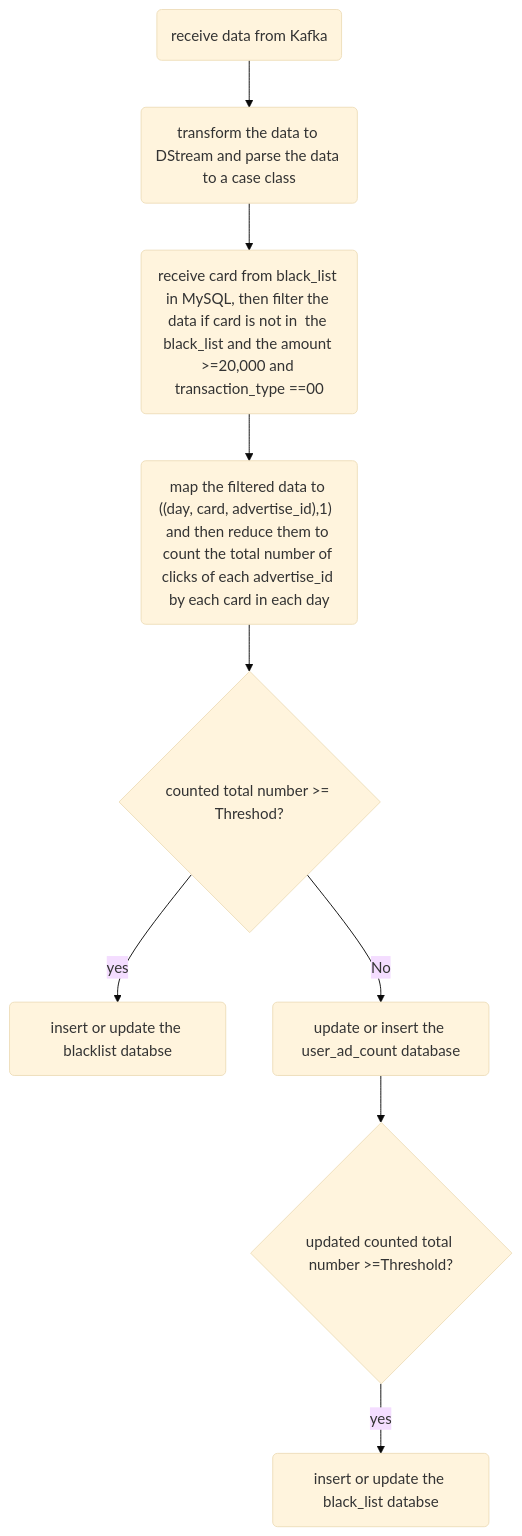
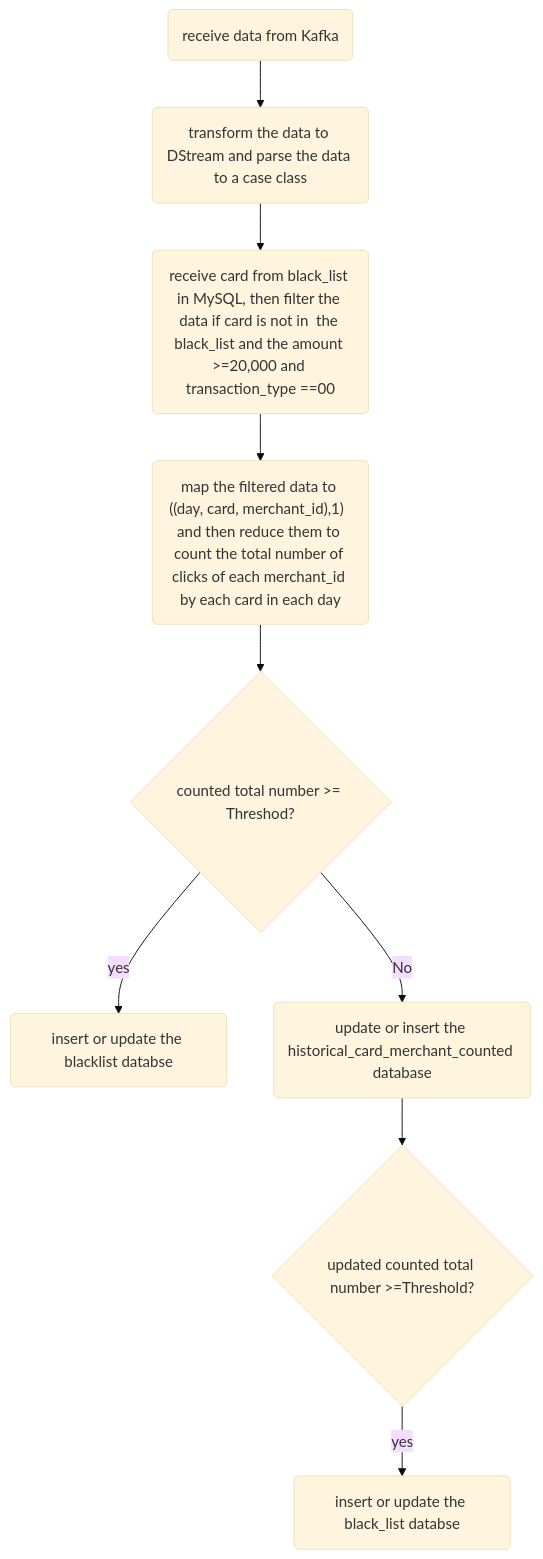
One commit to abcgz133/spark_project changed the diagram in the2nd_transactions_Real_Time_Risk_Monitoring_and_processing/Readme.md. Above: the diagram before and after it, drawn with Mermaid (base theme). The commit also changed other lines of this file and 46 other files, not shown here.

````diff
--- a/the2nd_transactions_Real_Time_Risk_Monitoring_and_processing/Readme.md
+++ b/the2nd_transactions_Real_Time_Risk_Monitoring_and_processing/Readme.md
@@ -17,10 +17,10 @@
 ```mermaid
 flowchart TB
-    A(receive data from Kafka) -->B(transform the data to DStream and parse the data to a case class) --> C(receive card from black_list in MySQL, then filter the data if card is not in  the black_list and the amount >=20,000 and transaction_type ==00) --> D("map the filtered data to ((day, card, advertise_id),1)  and then reduce them to count the total number of clicks of each advertise_id by each card in each day")
+    A(receive data from Kafka) -->B(transform the data to DStream and parse the data to a case class) --> C(receive card from black_list in MySQL, then filter the data if card is not in  the black_list and the amount >=20,000 and transaction_type ==00) --> D("map the filtered data to ((day, card, merchant_id),1)  and then reduce them to count the total number of clicks of each merchant_id by each card in each day")
     D --> E{"counted total number >= Threshod? "}
     E -->|yes|F(insert or update the blacklist databse)
-    E -->|No|G(update or insert the user_ad_count database)
+    E -->|No|G(update or insert the historical_card_merchant_counted database)
     G --> H{"updated counted total number >=Threshold? "}
     H -->|yes|I(insert or update the black_list databse)
    
 ```
````
